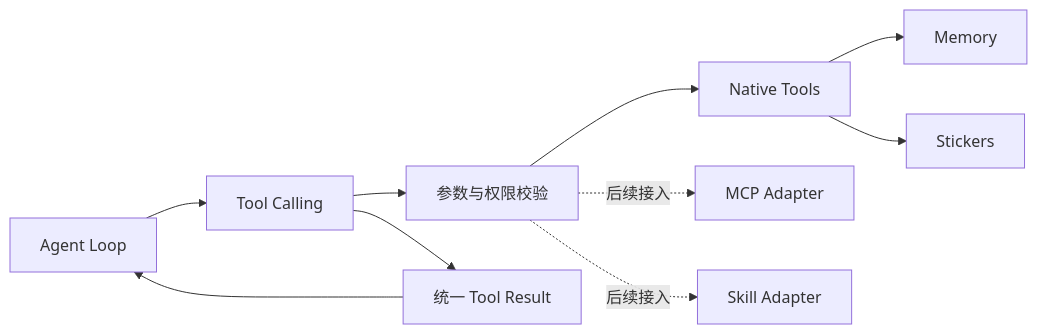
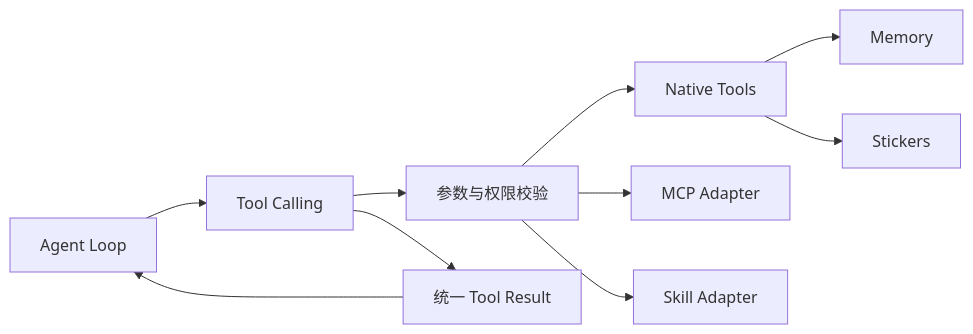
The first of 2 diagrams in src/tools/tool_calling/DESIGN.md (zhou-hack/humanize-agent), drawn with Mermaid before and after one commit. The commit also changed other lines of this file and 12 other files, not shown here.

Commit message:
feature: 接入内置 Skill 与 stdio MCP

````diff
--- a/src/tools/tool_calling/DESIGN.md
+++ b/src/tools/tool_calling/DESIGN.md
@@ -16,12 +16,12 @@
 ```mermaid
 flowchart LR
     A[Agent Loop] --> B[Tool Calling]
     B --> C[参数与权限校验]
     C --> D[Native Tools]
-    C -.后续接入.-> E[MCP Adapter]
-    C -.后续接入.-> F[Skill Adapter]
+    C --> E[MCP Adapter]
+    C --> F[Skill Adapter]
     D --> G[Memory]
     D --> H[Stickers]
     B --> I[统一 Tool Result]
     I --> A
 ```
````
